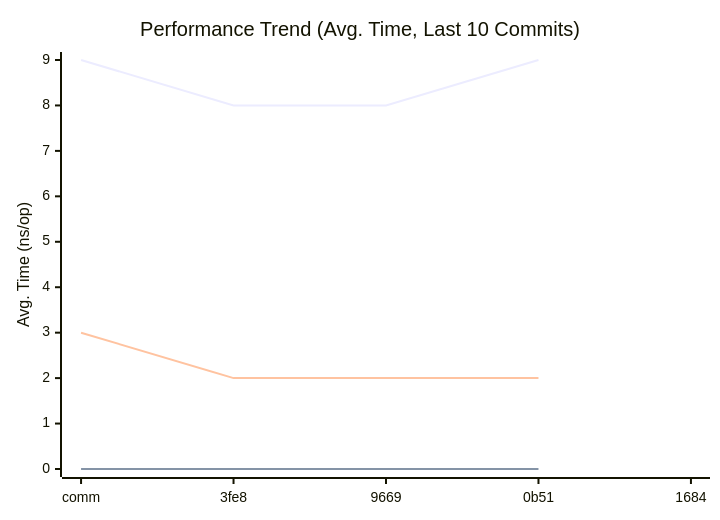
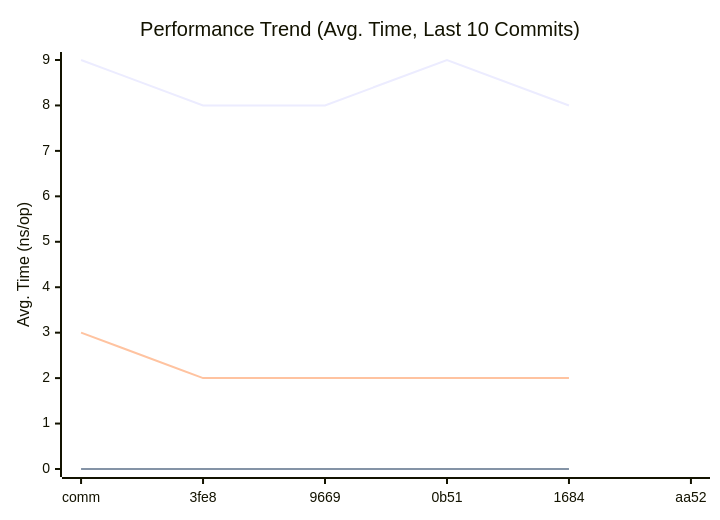
The first of 3 diagrams in doc/README.md (alsotoes/momo), drawn with Mermaid before and after one commit. The commit also changed other lines of this file and 1 other file, not shown here.

````diff
--- a/doc/README.md
+++ b/doc/README.md
@@ -290,10 +290,10 @@
 ```mermaid
 xychart-beta
     title "Performance Trend (Avg. Time, Last 10 Commits)"
     x-axis "Commit"
     y-axis "Avg. Time (ns/op)"
-    x-axis [comm,3fe8,9669,0b51,1684]
-    line "CheckMetricsAndSwap" [9,8,8,9]
-    line "IndexDirectTracking" [0,0,0,0]
-    line "IndexSearch" [3,2,2,2]
+    x-axis [comm,3fe8,9669,0b51,1684,aa52]
+    line "CheckMetricsAndSwap" [9,8,8,9,8]
+    line "IndexDirectTracking" [0,0,0,0,0]
+    line "IndexSearch" [3,2,2,2,2]
 ```
````
